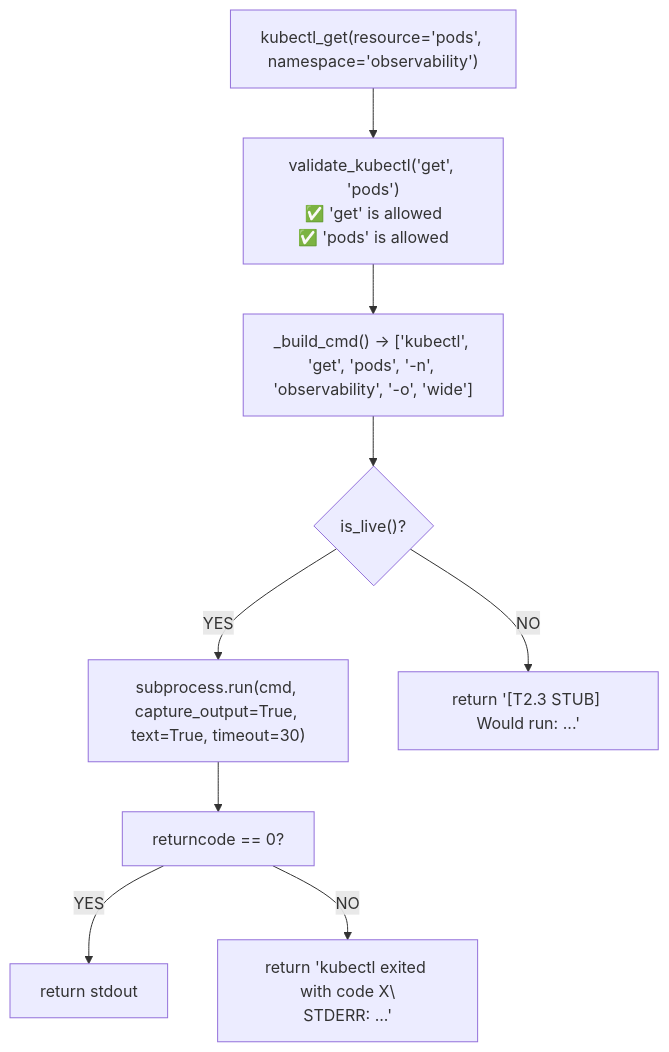
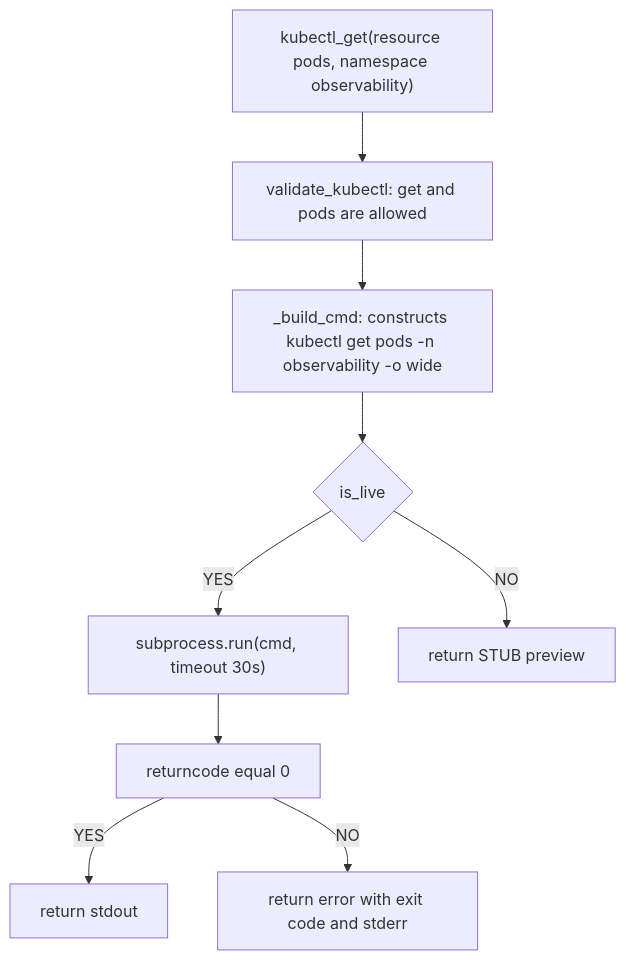
Diagram 12 of 29 in docs/PHASE2_EXPLAINED.md (yessine15/sentinel), drawn with Mermaid before and after one commit. The commit also changed other lines of this file, not shown here.

First line of the commit message:
docs: fix all mermaid v11.15.0 syntax errors in Phase 2 guide

````diff
--- a/docs/PHASE2_EXPLAINED.md
+++ b/docs/PHASE2_EXPLAINED.md
@@ -493,11 +482,11 @@
 ```mermaid
 flowchart TD
-    IN["kubectl_get(resource='pods', namespace='observability')"] --> VAL["validate_kubectl('get', 'pods')<br/>✅ 'get' is allowed<br/>✅ 'pods' is allowed"]
-    VAL --> CMD["_build_cmd() → ['kubectl', 'get', 'pods', '-n', 'observability', '-o', 'wide']"]
-    CMD --> MODE{"is_live()?"}
-    MODE -->|"YES"| RUN["subprocess.run(cmd, capture_output=True, text=True, timeout=30)"]
-    MODE -->|"NO"| STUB["return '[T2.3 STUB] Would run: ...'"]
-    RUN --> CHECK["returncode == 0?"]
+    IN["kubectl_get(resource pods, namespace observability)"] --> VAL["validate_kubectl: get and pods are allowed"]
+    VAL --> CMD["_build_cmd: constructs kubectl get pods -n observability -o wide"]
+    CMD --> MODE{"is_live"}
+    MODE -->|"YES"| RUN["subprocess.run(cmd, timeout 30s)"]
+    MODE -->|"NO"| STUB["return STUB preview"]
+    RUN --> CHECK["returncode equal 0"]
     CHECK -->|"YES"| OUT["return stdout"]
-    CHECK -->|"NO"| ERR["return 'kubectl exited with code X\\nSTDERR: ...'"]
+    CHECK -->|"NO"| ERR["return error with exit code and stderr"]
 ```
````
